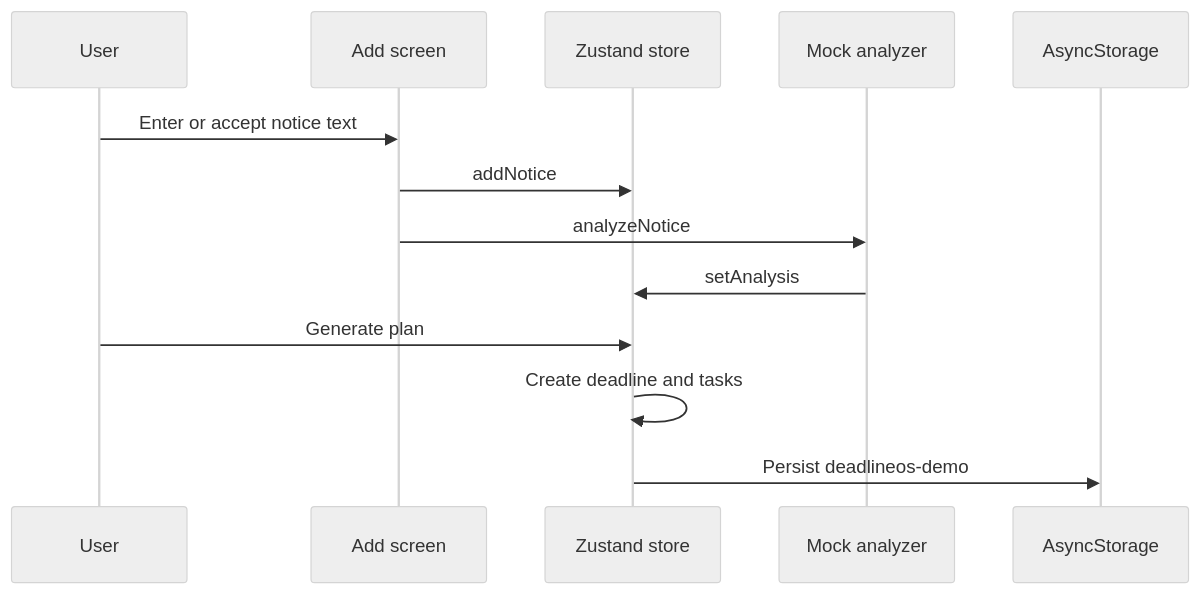
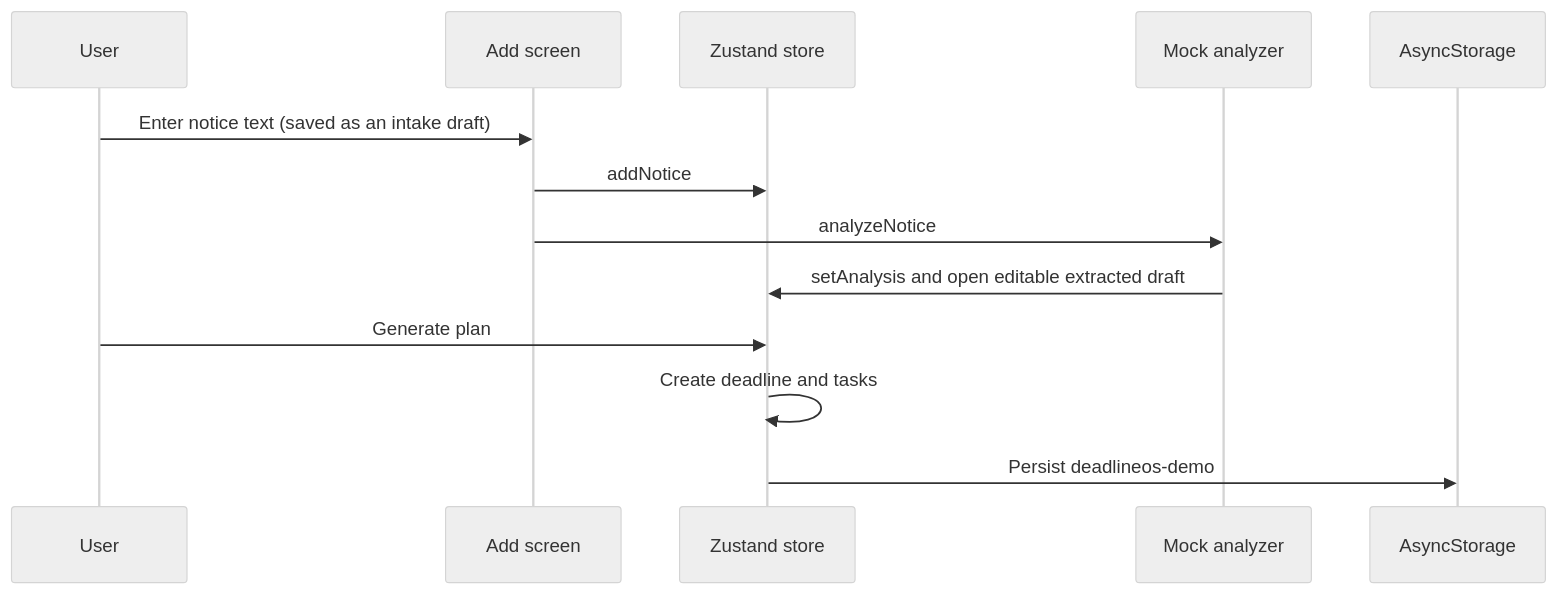
One commit to adi-de9/scoutlyai changed the diagram in docs/05-data-flow.md. Above: the diagram before and after it, drawn with Mermaid (neutral theme). The commit also changed other lines of this file and 12 other files, not shown here.

````diff
--- a/docs/05-data-flow.md
+++ b/docs/05-data-flow.md
@@ -9,16 +9,16 @@
 ```mermaid
 sequenceDiagram
   participant User
   participant Add as Add screen
   participant Store as Zustand store
   participant Analyze as Mock analyzer
   participant Device as AsyncStorage
 
-  User->>Add: Enter or accept notice text
+  User->>Add: Enter notice text (saved as an intake draft)
   Add->>Store: addNotice
   Add->>Analyze: analyzeNotice
-  Analyze->>Store: setAnalysis
+  Analyze->>Store: setAnalysis and open editable extracted draft
   User->>Store: Generate plan
   Store->>Store: Create deadline and tasks
   Store->>Device: Persist deadlineos-demo
 ```
````
